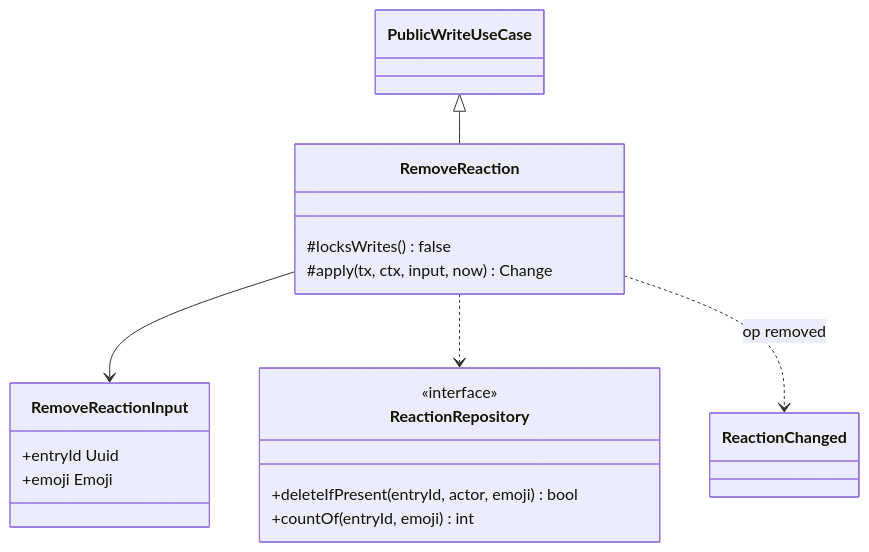
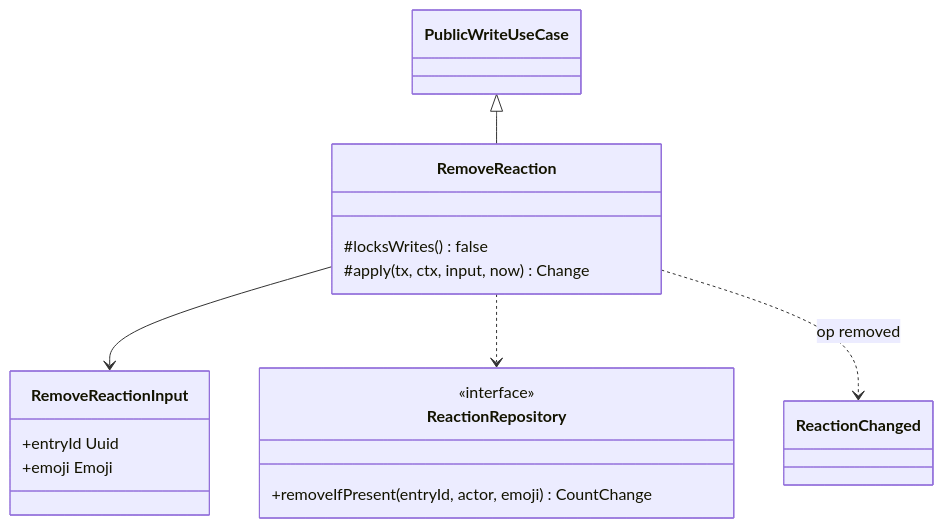
Diagram 22 of 43 in docs/design/features/11-guestbook-write.md (1985jwlee/portpolio_backend), drawn with Mermaid before and after one commit. The commit also changed other lines of this file and 23 other files, not shown here.

````diff
--- a/docs/design/features/11-guestbook-write.md
+++ b/docs/design/features/11-guestbook-write.md
@@ -1208,20 +1285,19 @@
 ```mermaid
 classDiagram
     class RemoveReaction {
         #locksWrites() false
         #apply(tx, ctx, input, now) Change
     }
     class RemoveReactionInput {
         +entryId Uuid
         +emoji Emoji
     }
     class ReactionRepository {
         <<interface>>
-        +deleteIfPresent(entryId, actor, emoji) bool
-        +countOf(entryId, emoji) int
+        +removeIfPresent(entryId, actor, emoji) CountChange
     }
     PublicWriteUseCase <|-- RemoveReaction
     RemoveReaction --> RemoveReactionInput
     RemoveReaction ..> ReactionRepository
     RemoveReaction ..> ReactionChanged : op removed
 ```
````
